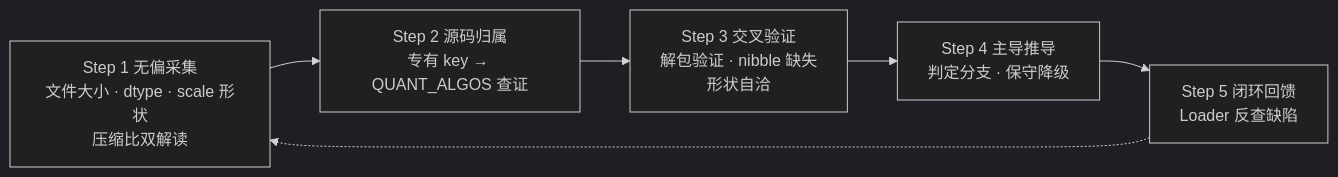
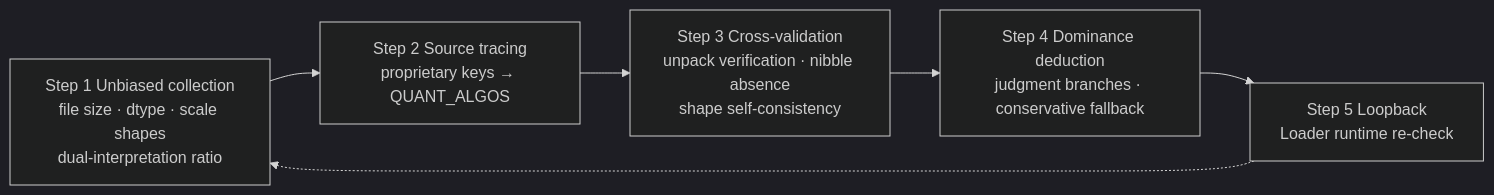
The first of 3 diagrams in README.md (allanmeng/model-format-verifier), drawn with Mermaid (dark theme) before and after one commit. The commit also changed other lines of this file and 4 other files, not shown here.

````diff
--- a/README.md
+++ b/README.md
@@ -193,8 +137,8 @@
 ```mermaid
 flowchart LR
-    A["Step 1 无偏采集<br/>文件大小 · dtype · scale 形状<br/>压缩比双解读"] --> B["Step 2 源码归属<br/>专有 key → QUANT_ALGOS 查证"]
-    B --> C["Step 3 交叉验证<br/>解包验证 · nibble 缺失<br/>形状自洽"]
-    C --> D["Step 4 主导推导<br/>判定分支 · 保守降级"]
-    D --> E["Step 5 闭环回馈<br/>Loader 反查缺陷"]
+    A["Step 1 Unbiased collection<br/>file size · dtype · scale shapes<br/>dual-interpretation ratio"] --> B["Step 2 Source tracing<br/>proprietary keys → QUANT_ALGOS"]
+    B --> C["Step 3 Cross-validation<br/>unpack verification · nibble absence<br/>shape self-consistency"]
+    C --> D["Step 4 Dominance deduction<br/>judgment branches · conservative fallback"]
+    D --> E["Step 5 Loopback<br/>Loader runtime re-check"]
     E -.-> A
 ```
````
